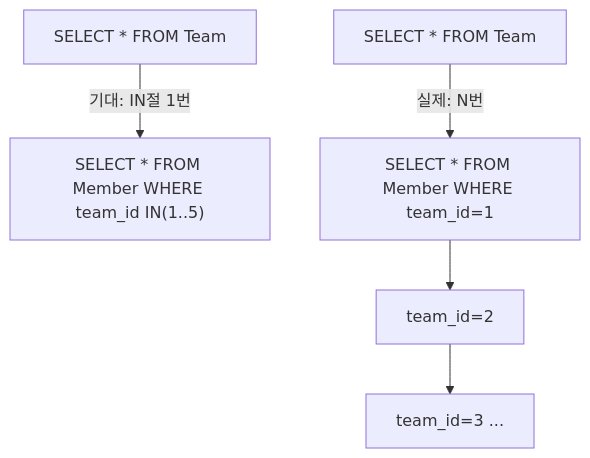
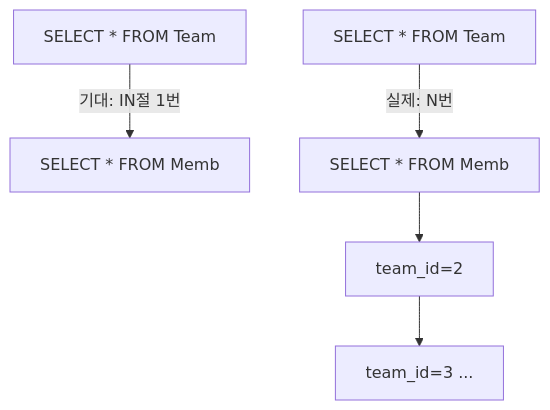
Before and after one commit to yjkim2015/yjkim2015.github.io: the first of 6 diagrams in _posts/jpa/2026-05-01-jpa-n-plus-1.md, drawn with Mermaid. The commit also changed other lines of this file and 271 other files, not shown here.

First line of the commit message:
Mermaid 라벨 축소: 긴 노드 텍스트 18자 이하로 트림 + \n 제거

````diff
--- a/_posts/jpa/2026-05-01-jpa-n-plus-1.md
+++ b/_posts/jpa/2026-05-01-jpa-n-plus-1.md
@@ -21,6 +21,6 @@
 ```mermaid
 graph TD
-    Q1["SELECT * FROM Team"] -->|"기대: IN절 1번"| Q2["SELECT * FROM Member WHERE team_id IN(1..5)"]
-    R1["SELECT * FROM Team"] -->|"실제: N번"| R2["SELECT * FROM Member WHERE team_id=1"]
+    Q1["SELECT * FROM Team"] -->|"기대: IN절 1번"| Q2["SELECT * FROM Memb"]
+    R1["SELECT * FROM Team"] -->|"실제: N번"| R2["SELECT * FROM Memb"]
     R2 --> R3["team_id=2"] --> R4["team_id=3 ..."]
 ```
````
